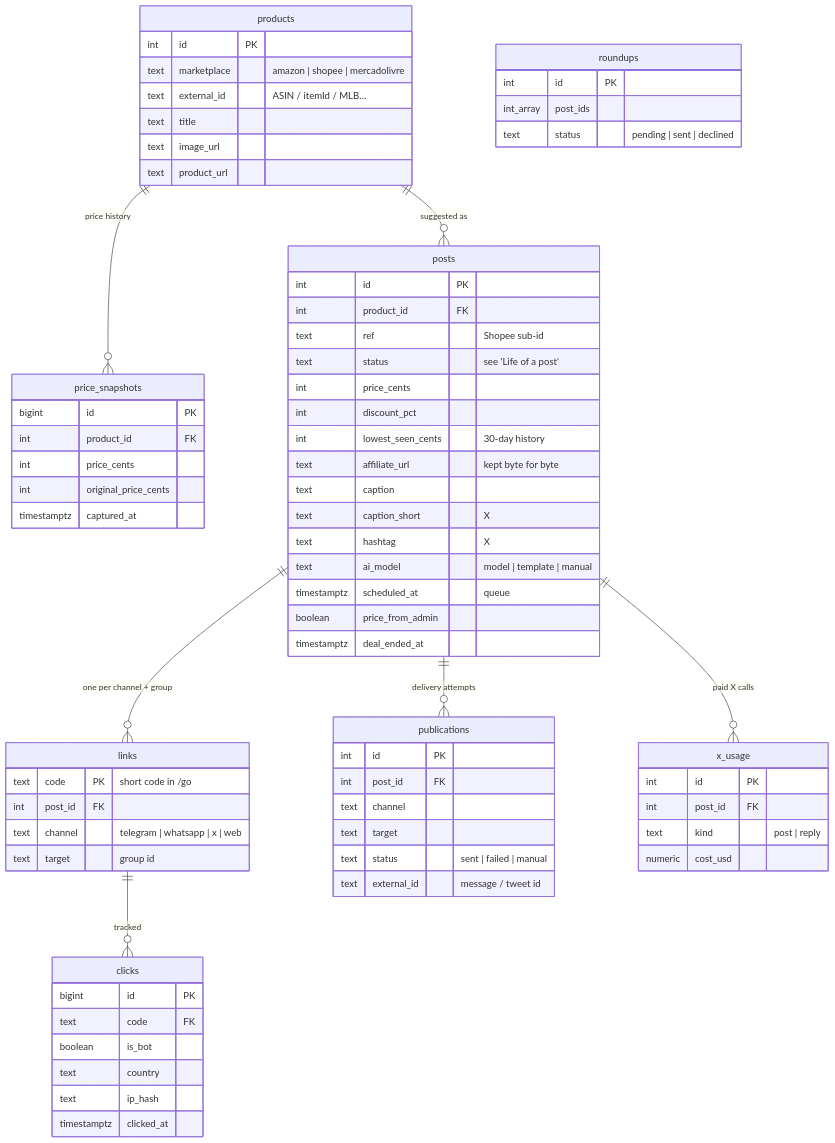
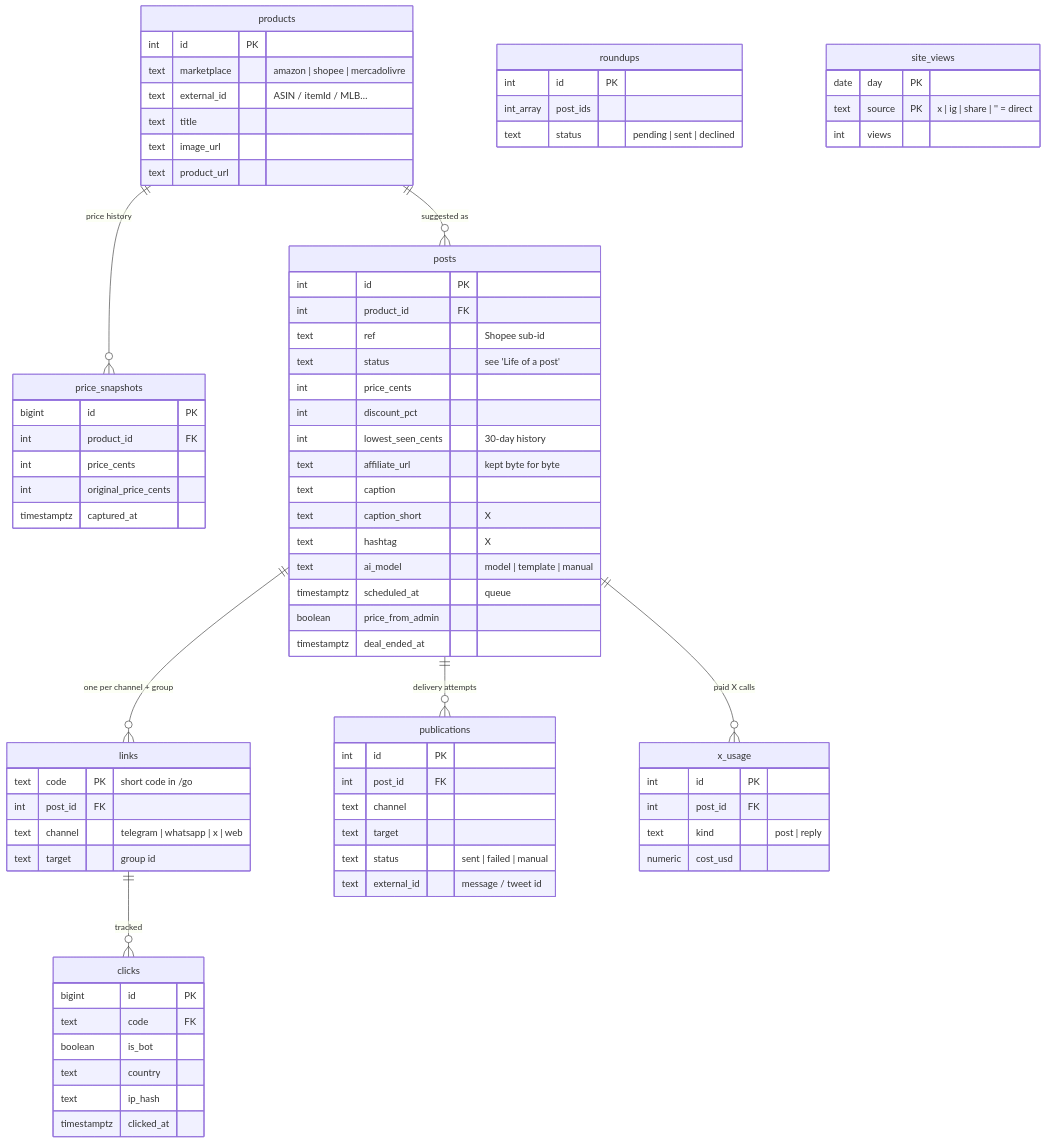
Before and after one commit to David-Ackerman/dev-das-promos: the ninth of 9 diagrams in docs/ARCHITECTURE.md, drawn with Mermaid. The commit also changed other lines of this file and 8 other files, not shown here.

First line of the commit message:
feat(growth): growth plan, site source tracking and conversion

````diff
--- a/docs/ARCHITECTURE.md
+++ b/docs/ARCHITECTURE.md
@@ -300,75 +300,80 @@
 ```mermaid
 erDiagram
   products ||--o{ price_snapshots : "price history"
   products ||--o{ posts : "suggested as"
   posts ||--o{ links : "one per channel + group"
   links ||--o{ clicks : "tracked"
   posts ||--o{ publications : "delivery attempts"
   posts ||--o{ x_usage : "paid X calls"
 
   products {
     int id PK
     text marketplace "amazon | shopee | mercadolivre"
     text external_id "ASIN / itemId / MLB…"
     text title
     text image_url
     text product_url
   }
   price_snapshots {
     bigint id PK
     int product_id FK
     int price_cents
     int original_price_cents
     timestamptz captured_at
   }
   posts {
     int id PK
     int product_id FK
     text ref "Shopee sub-id"
     text status "see 'Life of a post'"
     int price_cents
     int discount_pct
     int lowest_seen_cents "30-day history"
     text affiliate_url "kept byte for byte"
     text caption
     text caption_short "X"
     text hashtag "X"
     text ai_model "model | template | manual"
     timestamptz scheduled_at "queue"
     boolean price_from_admin
     timestamptz deal_ended_at
   }
   links {
     text code PK "short code in /go"
     int post_id FK
     text channel "telegram | whatsapp | x | web"
     text target "group id"
   }
   clicks {
     bigint id PK
     text code FK
     boolean is_bot
     text country
     text ip_hash
     timestamptz clicked_at
   }
   publications {
     int id PK
     int post_id FK
     text channel
     text target
     text status "sent | failed | manual"
     text external_id "message / tweet id"
   }
   x_usage {
     int id PK
     int post_id FK
     text kind "post | reply"
     numeric cost_usd
   }
   roundups {
     int id PK
     int_array post_ids
     text status "pending | sent | declined"
   }
+  site_views {
+    date day PK
+    text source PK "x | ig | share | '' = direct"
+    int views
+  }
 ```
````
